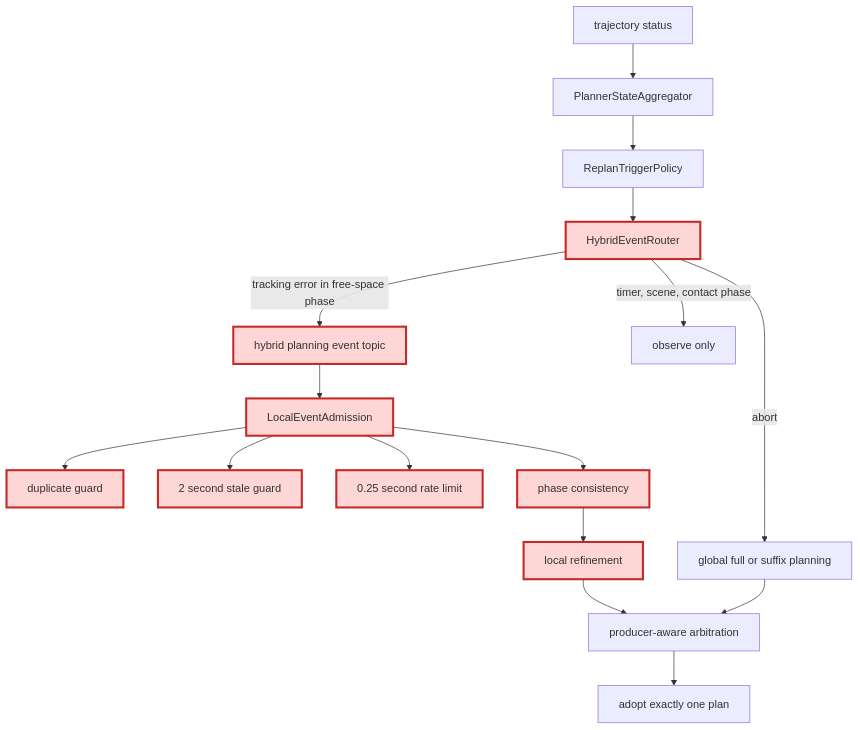
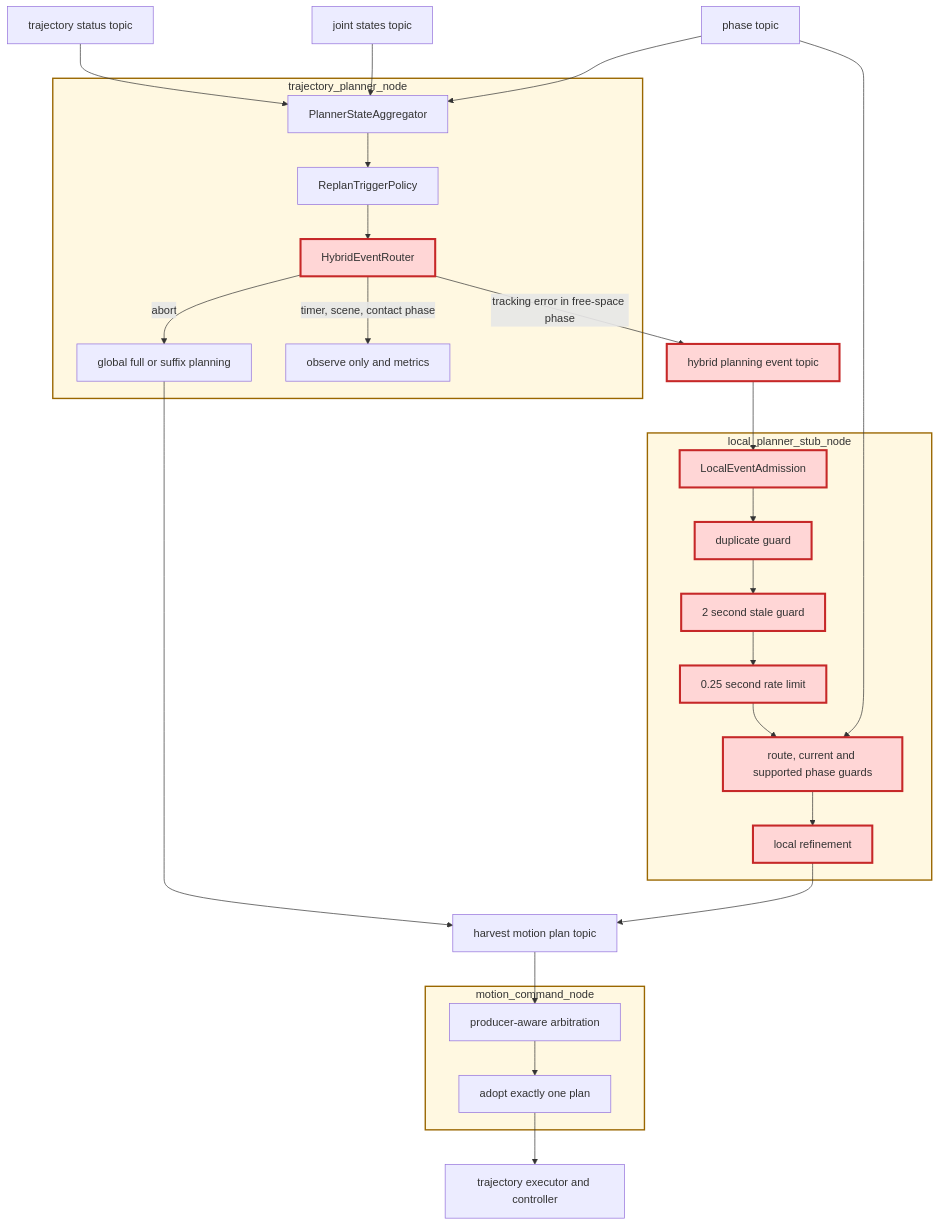
Before and after one commit to akodama428/trial_issac_sim: the second of 3 diagrams in docs/reports/moveit_replanning/step7_final_hybrid_report.md, drawn with Mermaid. The commit also changed other lines of this file, not shown here.

Commit message:
Group Step 7 architecture diff by ROS nodes

````diff
--- a/docs/reports/moveit_replanning/step7_final_hybrid_report.md
+++ b/docs/reports/moveit_replanning/step7_final_hybrid_report.md
@@ -36,20 +36,54 @@
 ```mermaid
 flowchart TD
-  Status[trajectory status] --> Aggregate[PlannerStateAggregator]
-  Aggregate --> Policy[ReplanTriggerPolicy]
-  Policy --> Router[HybridEventRouter]
-  Router -->|abort| Global[global full or suffix planning]
-  Router -->|tracking error in free-space phase| Topic[hybrid planning event topic]
-  Router -->|timer, scene, contact phase| Observe[observe only]
-  Topic --> Admission[LocalEventAdmission]
-  Admission --> Duplicate[duplicate guard]
-  Admission --> Stale[2 second stale guard]
-  Admission --> Rate[0.25 second rate limit]
-  Admission --> Phase[phase consistency]
-  Phase --> Local[local refinement]
-  Local --> Arbitration[producer-aware arbitration]
-  Global --> Arbitration
-  Arbitration --> Execute[adopt exactly one plan]
+  Status[trajectory status topic]
+  Joint[joint states topic]
+  PhaseTopic[phase topic]
+
+  subgraph TrajectoryNode[trajectory_planner_node]
+    Aggregate[PlannerStateAggregator]
+    Policy[ReplanTriggerPolicy]
+    Router[HybridEventRouter]
+    Global[global full or suffix planning]
+    Observe[observe only and metrics]
+    Aggregate --> Policy
+    Policy --> Router
+    Router -->|abort| Global
+    Router -->|timer, scene, contact phase| Observe
+  end
+
+  Topic[hybrid planning event topic]
+  PlanTopic[harvest motion plan topic]
+
+  subgraph LocalNode[local_planner_stub_node]
+    Admission[LocalEventAdmission]
+    Duplicate[duplicate guard]
+    Stale[2 second stale guard]
+    Rate[0.25 second rate limit]
+    Phase[route, current and supported phase guards]
+    Local[local refinement]
+    Admission --> Duplicate --> Stale --> Rate --> Phase --> Local
+  end
+
+  subgraph CommandNode[motion_command_node]
+    Arbitration[producer-aware arbitration]
+    Execute[adopt exactly one plan]
+    Arbitration --> Execute
+  end
+
+  Executor[trajectory executor and controller]
+
+  Status --> Aggregate
+  Joint --> Aggregate
+  PhaseTopic --> Aggregate
+  PhaseTopic --> Phase
+  Router -->|tracking error in free-space phase| Topic
+  Topic --> Admission
+  Global --> PlanTopic
+  Local --> PlanTopic
+  PlanTopic --> Arbitration
+  Execute --> Executor
   classDef changed fill:#ffd6d6,stroke:#c62828,stroke-width:3px
+  classDef nodebox fill:#fff8e1,stroke:#9a6700,stroke-width:2px
   class Router,Topic,Admission,Duplicate,Stale,Rate,Phase,Local changed
+  class TrajectoryNode,LocalNode,CommandNode nodebox
 ```
````
